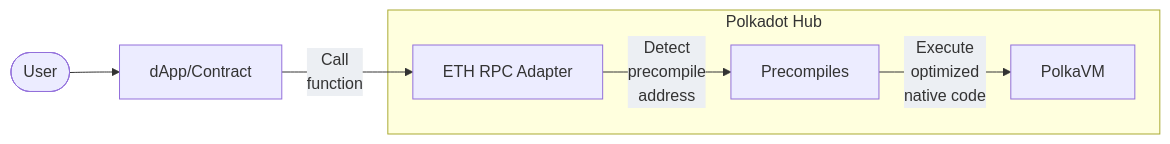
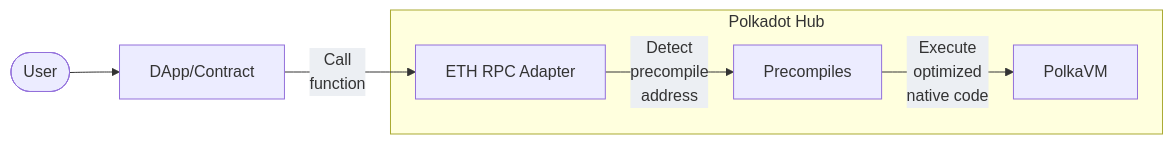
The diagram in smart-contracts/precompiles/index.md (polkadot-developers/polkadot-docs), drawn with Mermaid before and after one commit. The commit also changed other lines of this file and 1 other file, not shown here.

Commit message:
applied feedback

````diff
--- a/smart-contracts/precompiles/index.md
+++ b/smart-contracts/precompiles/index.md
@@ -22,21 +22,21 @@
 ```mermaid
 flowchart LR
     User(["User"])
-    dApp["dApp/Contract"]
-    PolkaEVM["ETH RPC Adapter"]
+    dApp["DApp/Contract"]
+    PolkaVM["ETH RPC Adapter"]
     Precompiles["Precompiles"]
     Runtime["PolkaVM"]
 
     User --> dApp
-    dApp -->|"Call<br>function"| PolkaEVM
-    PolkaEVM -->|"Detect<br>precompile<br>address"| Precompiles
+    dApp -->|"Call<br>function"| PolkaVM
+    PolkaVM -->|"Detect<br>precompile<br>address"| Precompiles
     Precompiles -->|"Execute<br>optimized<br>native code"| Runtime
 
     subgraph "Polkadot Hub"
-        PolkaEVM
+        PolkaVM
         Precompiles
         Runtime
     end
 
     classDef edgeLabel background:#eceff3;
 ```
````
